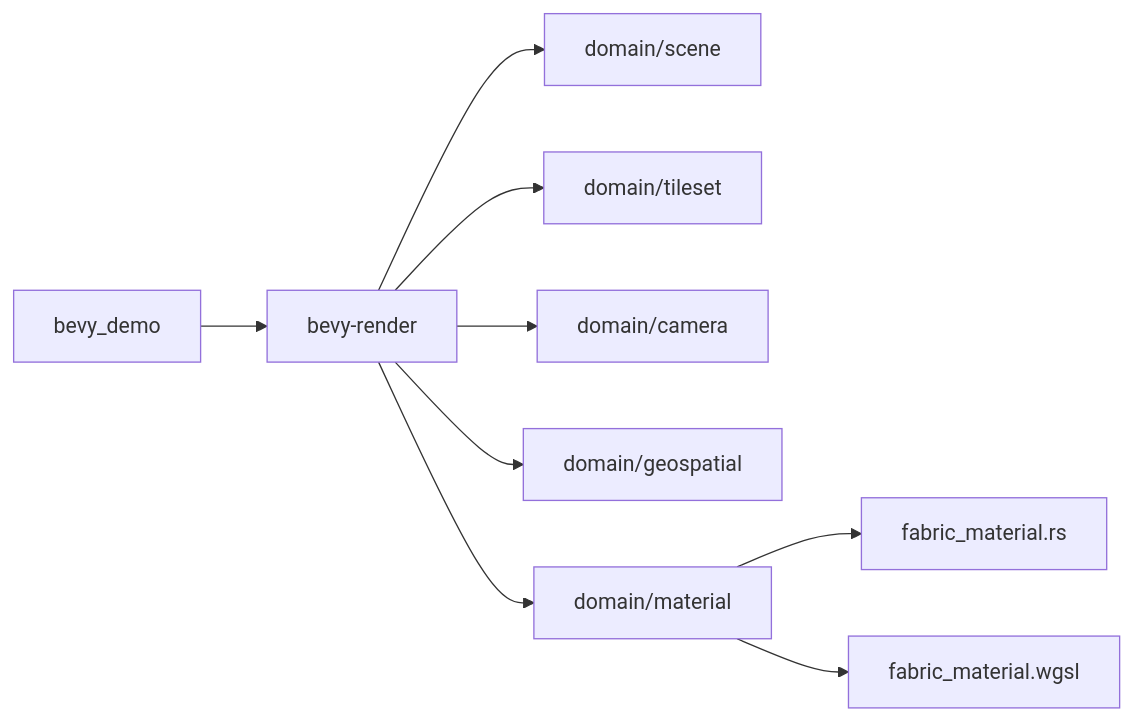
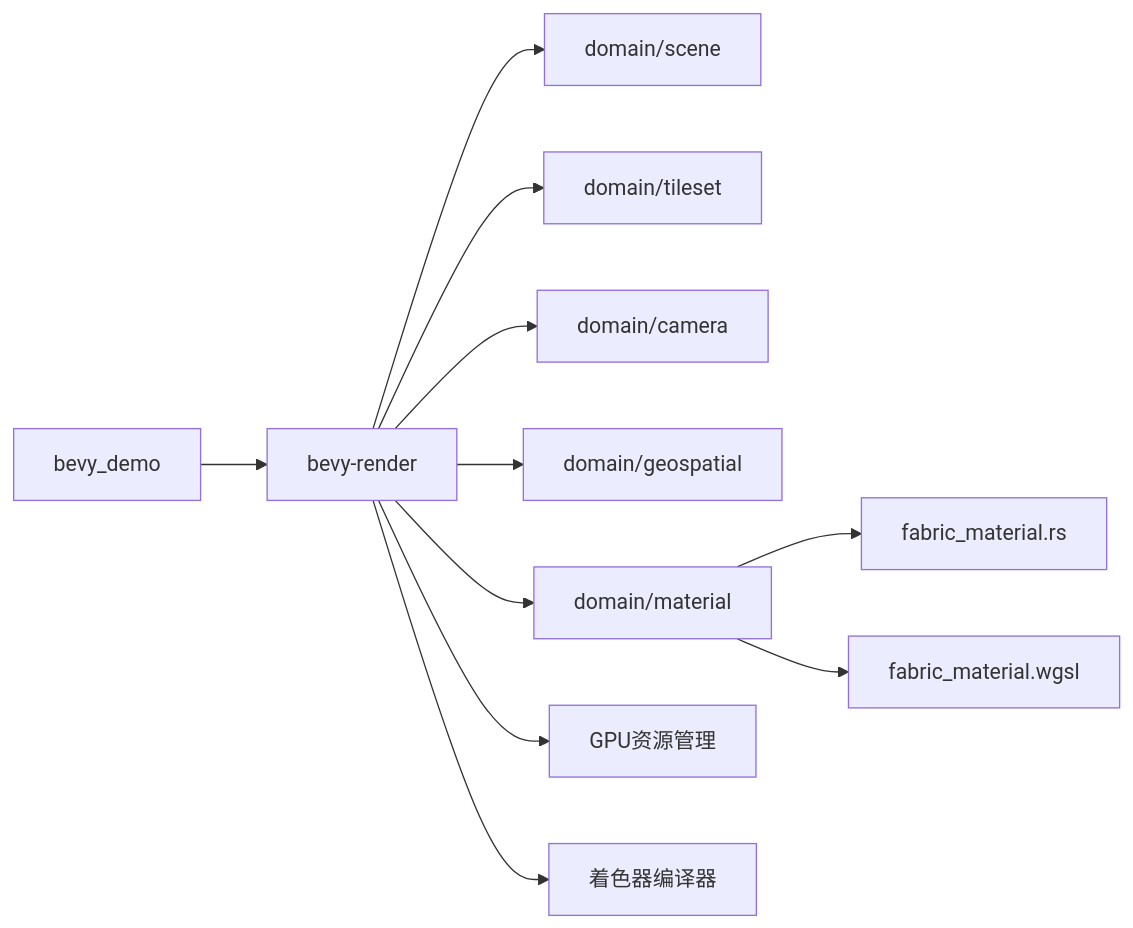
Before and after one commit to rzhangjing/cesium: the seventh of 7 diagrams in .qoder/repowiki/zh/content/项目概述/核心特性/3D渲染引擎/Bevy渲染适配器.md, drawn with Mermaid. The commit also changed other lines of this file and 27 other files, not shown here.

````diff
--- a/.qoder/repowiki/zh/content/项目概述/核心特性/3D渲染引擎/Bevy渲染适配器.md
+++ b/.qoder/repowiki/zh/content/项目概述/核心特性/3D渲染引擎/Bevy渲染适配器.md
@@ -343,11 +490,13 @@
 ```mermaid
 graph LR
 Demo["bevy_demo"] --> Adapter["bevy-render"]
 Adapter --> Scene["domain/scene"]
 Adapter --> Tileset["domain/tileset"]
 Adapter --> Camera["domain/camera"]
 Adapter --> Geo["domain/geospatial"]
 Adapter --> Material["domain/material"]
+Adapter --> GPU["GPU资源管理"]
+Adapter --> Shader["着色器编译器"]
 Material --> FabricMat["fabric_material.rs"]
 Material --> WGSL["fabric_material.wgsl"]
 ```
````
